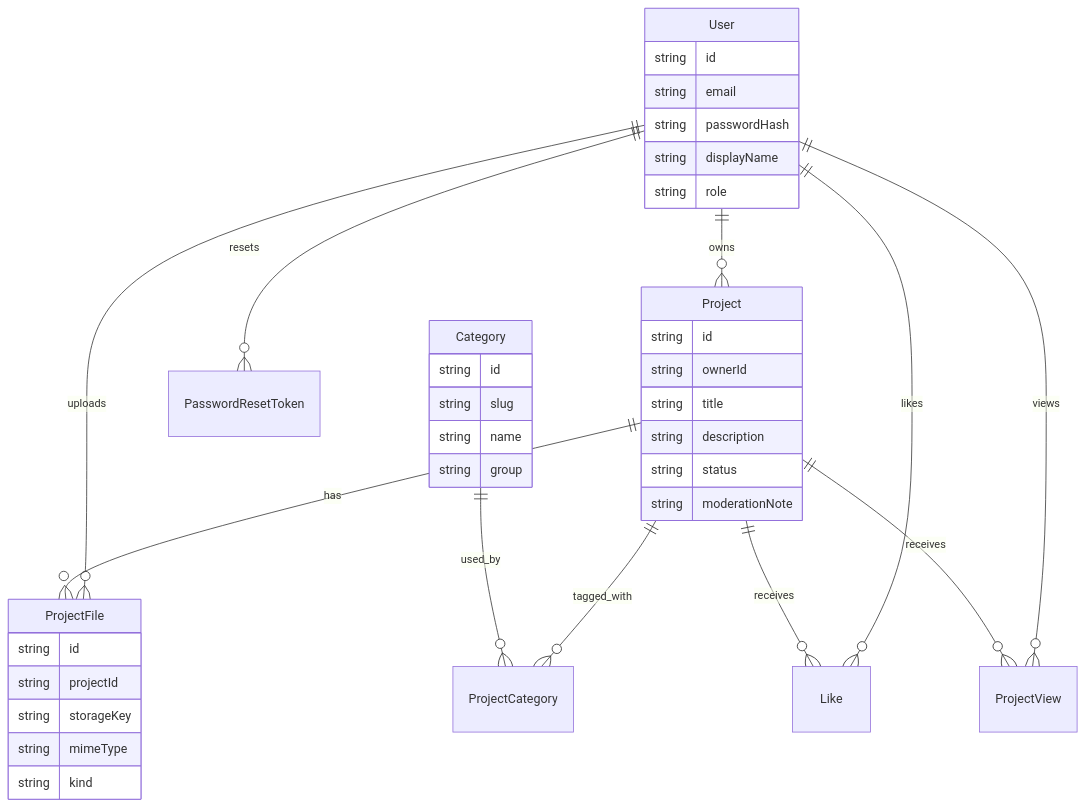
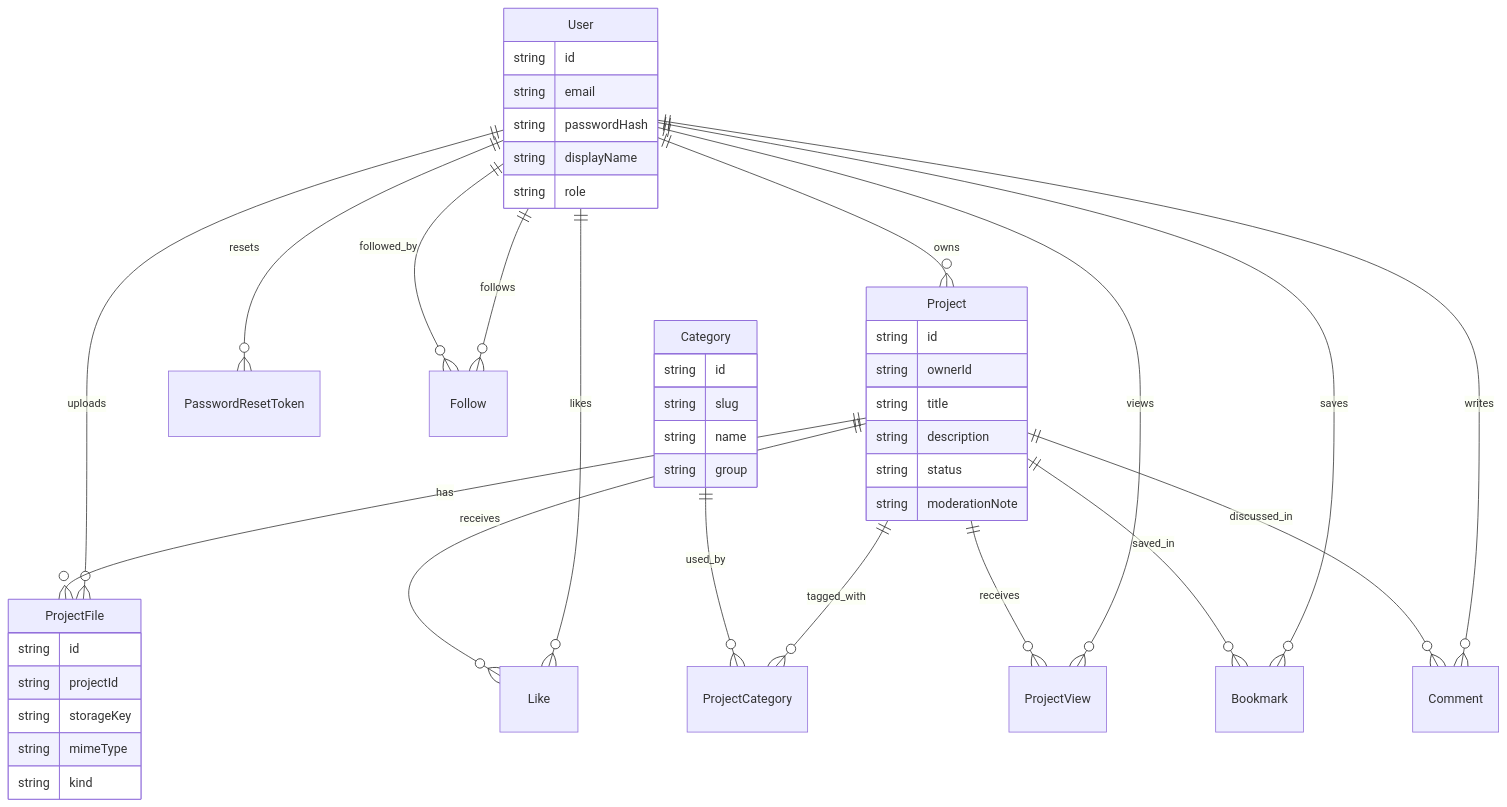
The second of 4 diagrams in README.md (bordermull/creator-platform), drawn with Mermaid before and after one commit. The commit also changed other lines of this file and 40 other files, not shown here.

````diff
--- a/README.md
+++ b/README.md
@@ -512,47 +581,53 @@
 ```mermaid
 erDiagram
   User ||--o{ Project : owns
   User ||--o{ ProjectFile : uploads
   User ||--o{ Like : likes
   User ||--o{ ProjectView : views
   User ||--o{ PasswordResetToken : resets
+  User ||--o{ Follow : follows
+  User ||--o{ Follow : followed_by
+  User ||--o{ Bookmark : saves
+  User ||--o{ Comment : writes
 
   Project ||--o{ ProjectFile : has
   Project ||--o{ ProjectCategory : tagged_with
   Project ||--o{ Like : receives
   Project ||--o{ ProjectView : receives
+  Project ||--o{ Bookmark : saved_in
+  Project ||--o{ Comment : discussed_in
 
   Category ||--o{ ProjectCategory : used_by
 
   User {
     string id
     string email
     string passwordHash
     string displayName
     string role
   }
 
   Project {
     string id
     string ownerId
     string title
     string description
     string status
     string moderationNote
   }
 
   ProjectFile {
     string id
     string projectId
     string storageKey
     string mimeType
     string kind
   }
 
   Category {
     string id
     string slug
     string name
     string group
   }
 ```
````
